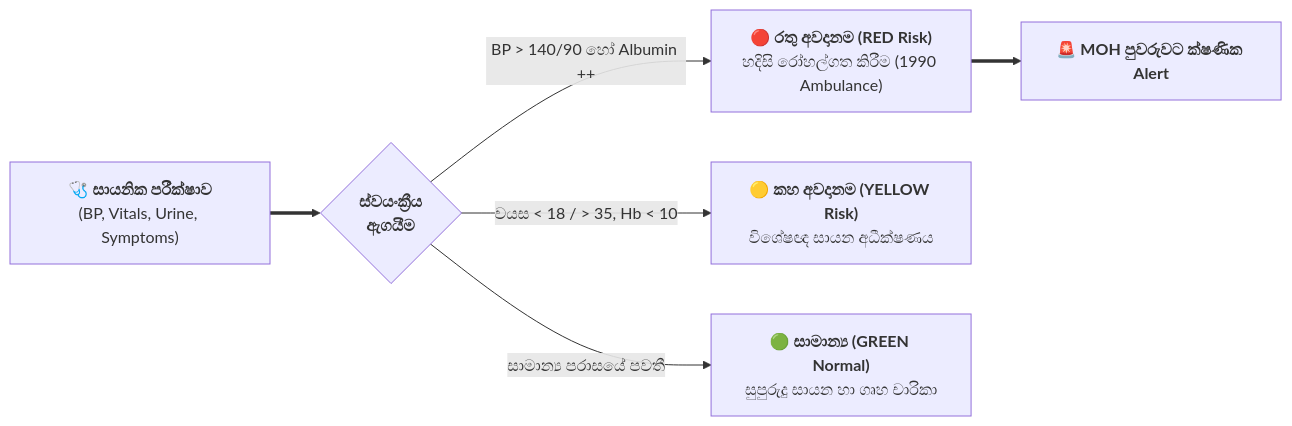
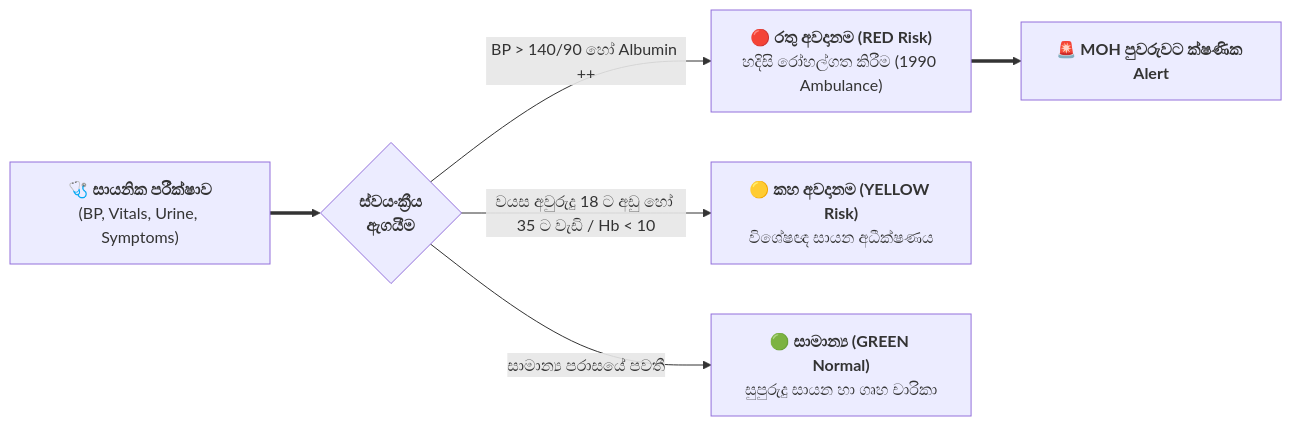
One commit to ShameenRoopasingha/Daruneli changed the second of 4 diagrams in docs/manuals/2026-11-24-daruneli-system-user-manual.md. Above: the diagram before and after it, drawn with Mermaid. The commit also changed other lines of this file and 1 other file, not shown here.

Commit message:
fix(docs): resolve Mermaid syntax errors and regenerate user manual PDF

````diff
--- a/docs/manuals/2026-11-24-daruneli-system-user-manual.md
+++ b/docs/manuals/2026-11-24-daruneli-system-user-manual.md
@@ -151,8 +153,8 @@
 ```mermaid
 flowchart LR
     Screening["🩺 <b>සායනික පරීක්ෂාව</b><br/>(BP, Vitals, Urine, Symptoms)"] ==> Evaluate{"<b>ස්වයංක්‍රීය<br/>ඇගයීම</b>"}
-    Evaluate -->|BP > 140/90 හෝ Albumin ++| Red["🔴 <b>රතු අවදානම (RED Risk)</b><br/>හදිසි රෝහල්ගත කිරීම (1990 Ambulance)"]
-    Evaluate -->|වයස < 18 / > 35, Hb < 10| Yellow["🟡 <b>කහ අවදානම (YELLOW Risk)</b><br/>විශේෂඥ සායන අධීක්ෂණය"]
-    Evaluate -->|සාමාන්‍ය පරාසයේ පවතී| Green["🟢 <b>සාමාන්‍ය (GREEN Normal)</b><br/>සුපුරුදු සායන හා ගෘහ චාරිකා"]
+    Evaluate -->|"BP > 140/90 හෝ Albumin ++"| Red["🔴 <b>රතු අවදානම (RED Risk)</b><br/>හදිසි රෝහල්ගත කිරීම (1990 Ambulance)"]
+    Evaluate -->|"වයස අවුරුදු 18 ට අඩු හෝ 35 ට වැඩි / Hb < 10"| Yellow["🟡 <b>කහ අවදානම (YELLOW Risk)</b><br/>විශේෂඥ සායන අධීක්ෂණය"]
+    Evaluate -->|"සාමාන්‍ය පරාසයේ පවතී"| Green["🟢 <b>සාමාන්‍ය (GREEN Normal)</b><br/>සුපුරුදු සායන හා ගෘහ චාරිකා"]
     Red ==> Alert["🚨 <b>MOH පුවරුවට ක්ෂණික Alert</b>"]
 ```
````
